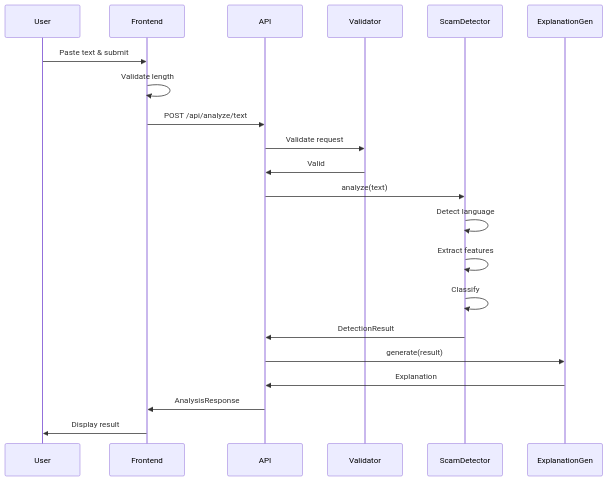
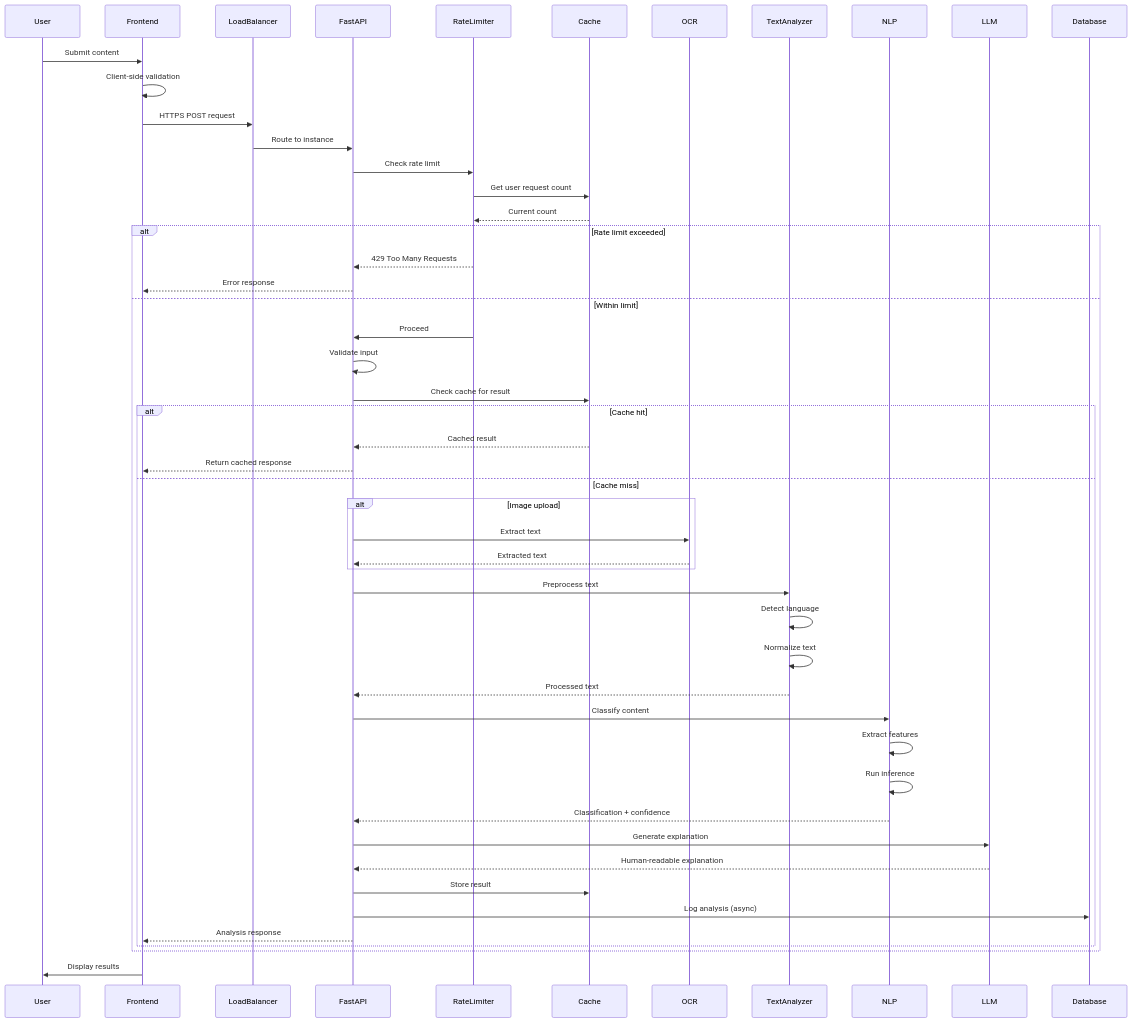
Before and after one commit to Tusharjadhav2316-dev/agentic-honeypot: the third of 6 diagrams in design.md, drawn with Mermaid. The commit also changed other lines of this file, not shown here.

````diff
--- a/design.md
+++ b/design.md
@@ -408,24 +199,61 @@
 ```mermaid
 sequenceDiagram
     participant User
     participant Frontend
-    participant API
-    participant Validator
-    participant ScamDetector
-    participant ExplanationGen
+    participant LoadBalancer
+    participant FastAPI
+    participant RateLimiter
+    participant Cache
+    participant OCR
+    participant TextAnalyzer
+    participant NLP
+    participant LLM
+    participant Database
     
-    User->>Frontend: Paste text & submit
-    Frontend->>Frontend: Validate length
-    Frontend->>API: POST /api/analyze/text
-    API->>Validator: Validate request
-    Validator->>API: Valid
-    API->>ScamDetector: analyze(text)
-    ScamDetector->>ScamDetector: Detect language
-    ScamDetector->>ScamDetector: Extract features
-    ScamDetector->>ScamDetector: Classify
-    ScamDetector->>API: DetectionResult
-    API->>ExplanationGen: generate(result)
-    ExplanationGen->>API: Explanation
-    API->>Frontend: AnalysisResponse
-    Frontend->>User: Display result
+    User->>Frontend: Submit content
+    Frontend->>Frontend: Client-side validation
+    Frontend->>LoadBalancer: HTTPS POST request
+    LoadBalancer->>FastAPI: Route to instance
+    FastAPI->>RateLimiter: Check rate limit
+    RateLimiter->>Cache: Get user request count
+    Cache-->>RateLimiter: Current count
+    
+    alt Rate limit exceeded
+        RateLimiter-->>FastAPI: 429 Too Many Requests
+        FastAPI-->>Frontend: Error response
+    else Within limit
+        RateLimiter->>FastAPI: Proceed
+        FastAPI->>FastAPI: Validate input
+        FastAPI->>Cache: Check cache for result
+        
+        alt Cache hit
+            Cache-->>FastAPI: Cached result
+            FastAPI-->>Frontend: Return cached response
+        else Cache miss
+            alt Image upload
+                FastAPI->>OCR: Extract text
+                OCR-->>FastAPI: Extracted text
+            end
+            
+            FastAPI->>TextAnalyzer: Preprocess text
+            TextAnalyzer->>TextAnalyzer: Detect language
+            TextAnalyzer->>TextAnalyzer: Normalize text
+            TextAnalyzer-->>FastAPI: Processed text
+            
+            FastAPI->>NLP: Classify content
+            NLP->>NLP: Extract features
+            NLP->>NLP: Run inference
+            NLP-->>FastAPI: Classification + confidence
+            
+            FastAPI->>LLM: Generate explanation
+            LLM-->>FastAPI: Human-readable explanation
+            
+            FastAPI->>Cache: Store result
+            FastAPI->>Database: Log analysis (async)
+            
+            FastAPI-->>Frontend: Analysis response
+        end
+    end
+    
+    Frontend->>User: Display results
 ```
````
